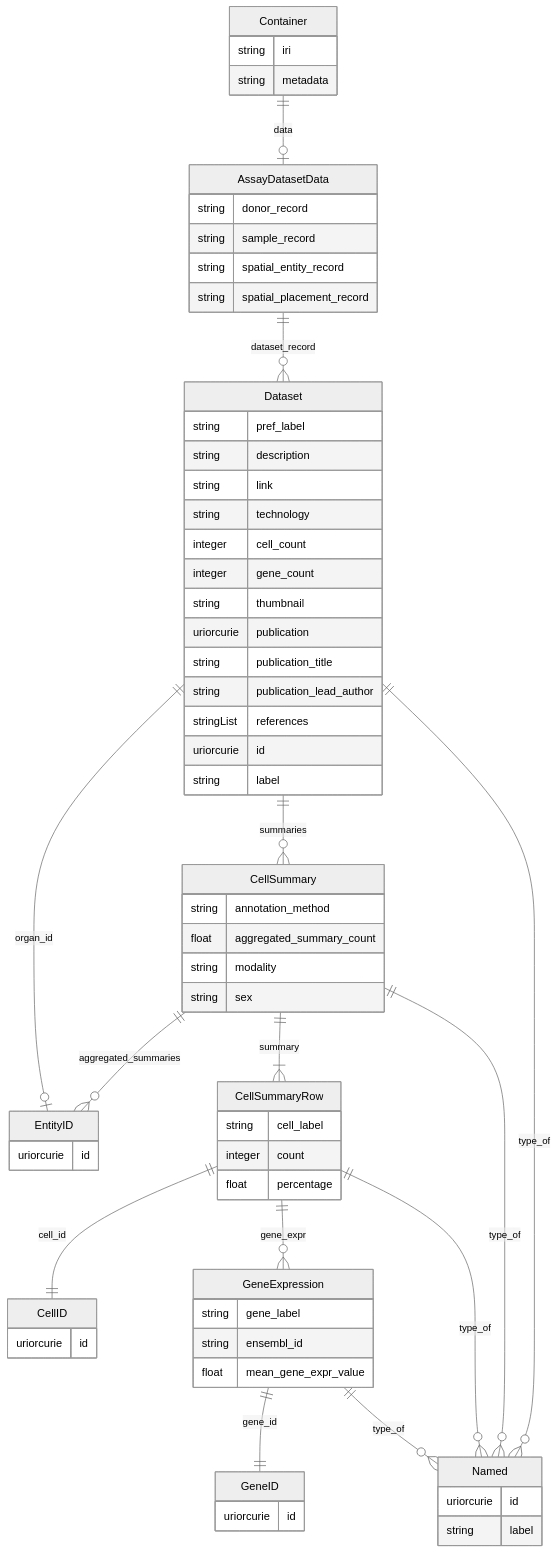
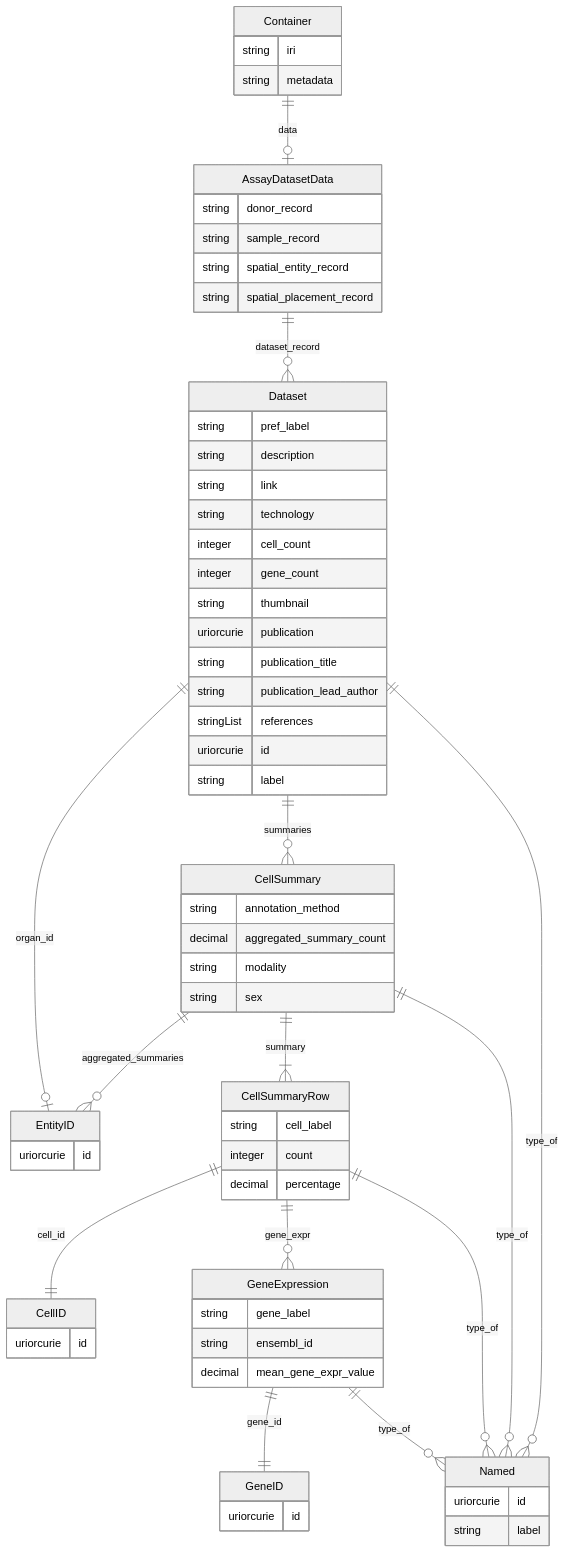
The ninth of 20 diagrams in er-diagrams.md (hubmapconsortium/hra-do-processor), drawn with Mermaid (neutral theme) before and after one commit. The commit also changed other lines of this file and 20 other files, not shown here.

Commit message:
Update ER diagrams

````diff
--- a/er-diagrams.md
+++ b/er-diagrams.md
@@ -712,72 +712,72 @@
 ```mermaid
 erDiagram
 Container {
     string iri  
     string metadata  
 }
 AssayDatasetData {
     string donor_record  
     string sample_record  
     string spatial_entity_record  
     string spatial_placement_record  
 }
 Dataset {
     string pref_label  
     string description  
     string link  
     string technology  
     integer cell_count  
     integer gene_count  
     string thumbnail  
     uriorcurie publication  
     string publication_title  
     string publication_lead_author  
     stringList references  
     uriorcurie id  
     string label  
 }
 Named {
     uriorcurie id  
     string label  
 }
 CellSummary {
     string annotation_method  
-    float aggregated_summary_count  
+    decimal aggregated_summary_count  
     string modality  
     string sex  
 }
 CellSummaryRow {
     string cell_label  
     integer count  
-    float percentage  
+    decimal percentage  
 }
 GeneExpression {
     string gene_label  
     string ensembl_id  
-    float mean_gene_expr_value  
+    decimal mean_gene_expr_value  
 }
 GeneID {
     uriorcurie id  
 }
 CellID {
     uriorcurie id  
 }
 EntityID {
     uriorcurie id  
 }
 
 Container ||--|o AssayDatasetData : "data"
 AssayDatasetData ||--}o Dataset : "dataset_record"
 Dataset ||--|o EntityID : "organ_id"
 Dataset ||--}o CellSummary : "summaries"
 Dataset ||--}o Named : "type_of"
 CellSummary ||--}o EntityID : "aggregated_summaries"
 CellSummary ||--}| CellSummaryRow : "summary"
 CellSummary ||--}o Named : "type_of"
 CellSummaryRow ||--|| CellID : "cell_id"
 CellSummaryRow ||--}o GeneExpression : "gene_expr"
 CellSummaryRow ||--}o Named : "type_of"
 GeneExpression ||--|| GeneID : "gene_id"
 GeneExpression ||--}o Named : "type_of"
 
 ```
````
